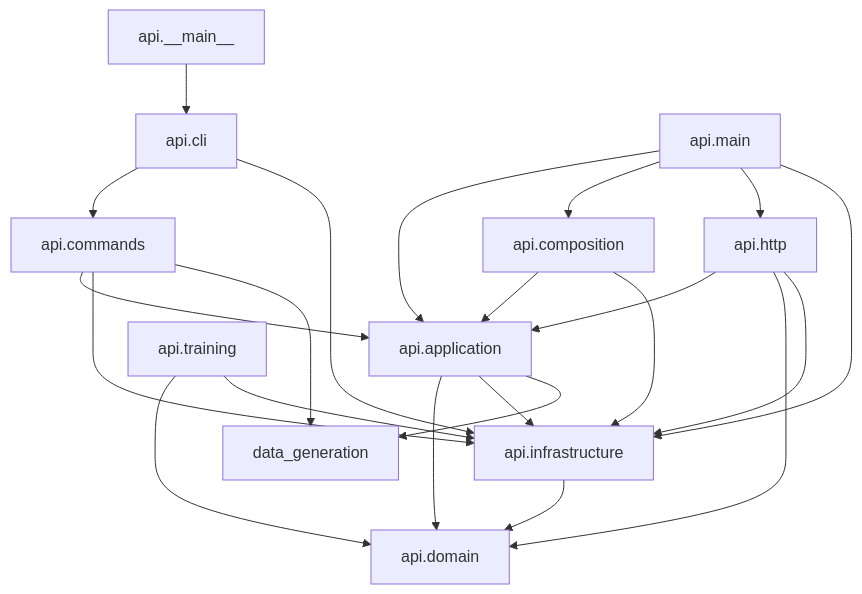
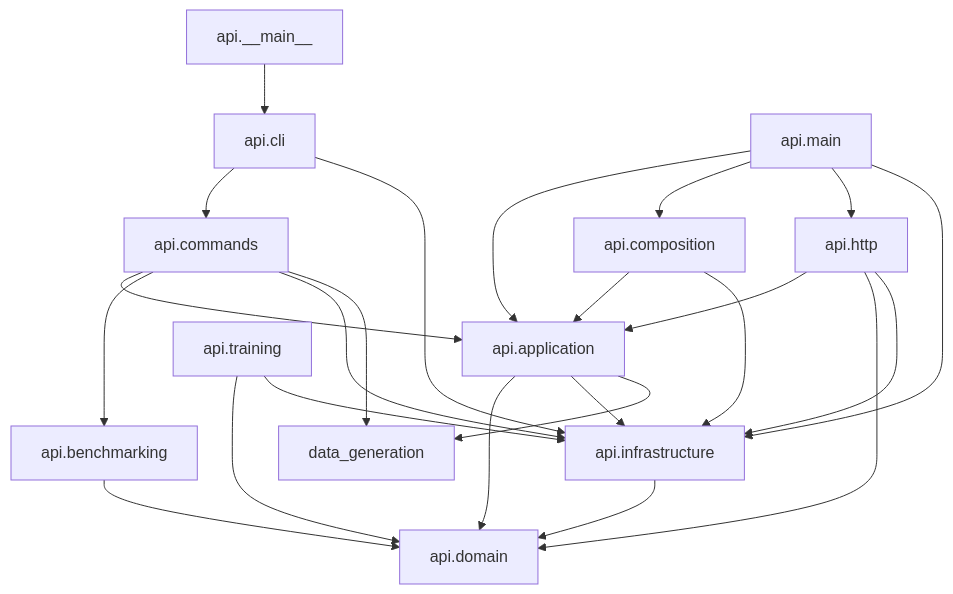
One commit to mvsbm/nayose changed the first of 3 diagrams in docs/generated/architecture.md. Above: the diagram before and after it, drawn with Mermaid. The commit also changed other lines of this file and 73 other files, not shown here.

````diff
--- a/docs/generated/architecture.md
+++ b/docs/generated/architecture.md
@@ -8,24 +8,26 @@
 ```mermaid
 graph TD
     api___main__["api.__main__"] --> api_cli["api.cli"]
     api_application["api.application"] --> api_domain["api.domain"]
     api_application["api.application"] --> api_infrastructure["api.infrastructure"]
     api_application["api.application"] --> data_generation["data_generation"]
+    api_benchmarking["api.benchmarking"] --> api_domain["api.domain"]
     api_cli["api.cli"] --> api_commands["api.commands"]
     api_cli["api.cli"] --> api_infrastructure["api.infrastructure"]
     api_commands["api.commands"] --> api_application["api.application"]
+    api_commands["api.commands"] --> api_benchmarking["api.benchmarking"]
     api_commands["api.commands"] --> api_infrastructure["api.infrastructure"]
     api_commands["api.commands"] --> data_generation["data_generation"]
     api_composition["api.composition"] --> api_application["api.application"]
     api_composition["api.composition"] --> api_infrastructure["api.infrastructure"]
     api_http["api.http"] --> api_application["api.application"]
     api_http["api.http"] --> api_domain["api.domain"]
     api_http["api.http"] --> api_infrastructure["api.infrastructure"]
     api_infrastructure["api.infrastructure"] --> api_domain["api.domain"]
     api_main["api.main"] --> api_application["api.application"]
     api_main["api.main"] --> api_composition["api.composition"]
     api_main["api.main"] --> api_http["api.http"]
     api_main["api.main"] --> api_infrastructure["api.infrastructure"]
     api_training["api.training"] --> api_domain["api.domain"]
     api_training["api.training"] --> api_infrastructure["api.infrastructure"]
 ```
````
